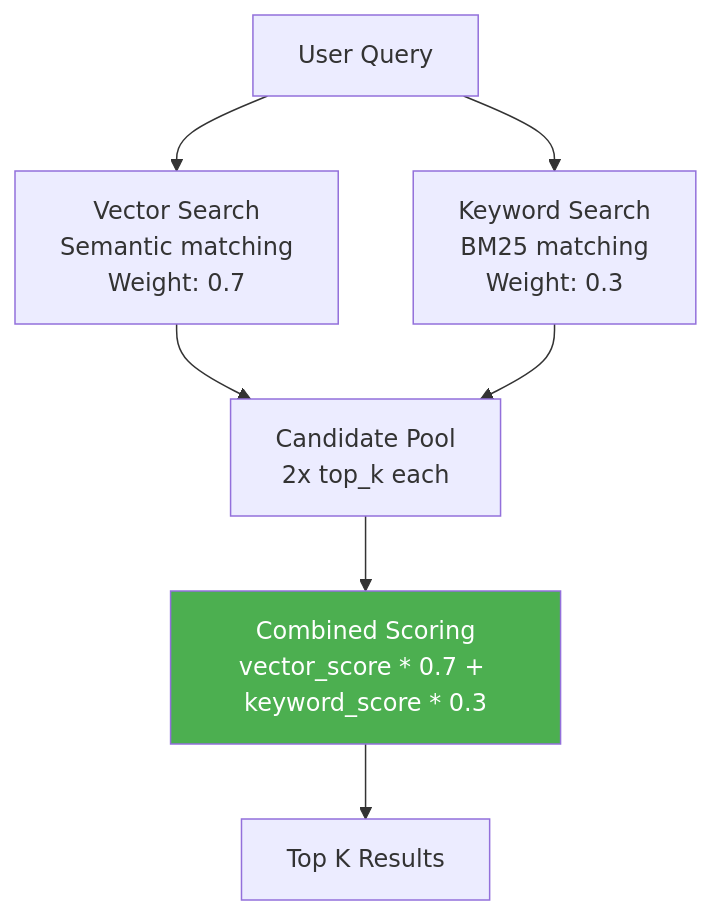
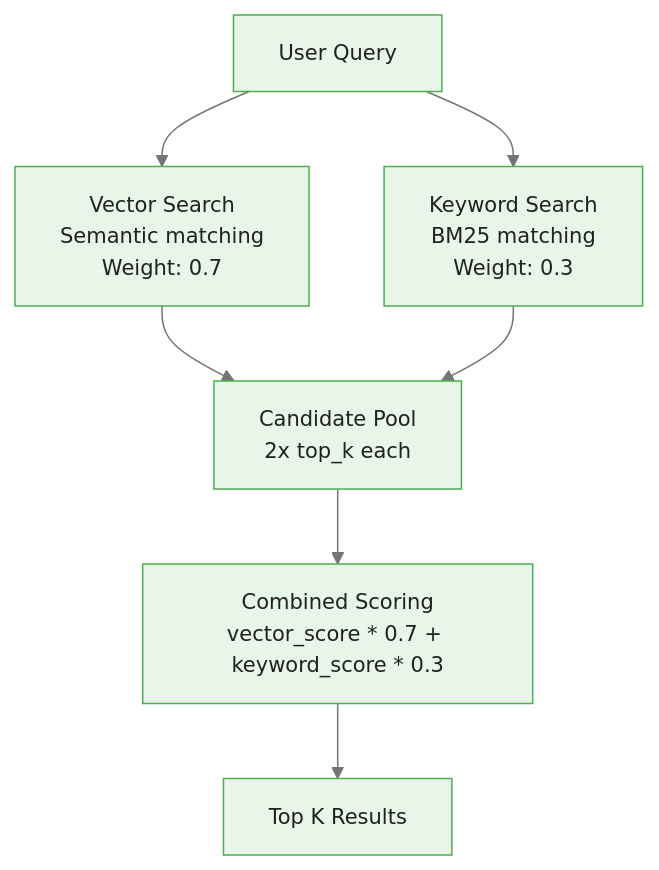
One commit to m-deane/course-creator changed the second of 7 diagrams in courses/dataiku-genai/modules/module_02_rag/guides/02_retrieval_strategies_slides.md. Above: the diagram before and after it, drawn with Mermaid. The commit also changed other lines of this file and 54 other files, not shown here.

````diff
--- a/courses/dataiku-genai/modules/module_02_rag/guides/02_retrieval_strategies_slides.md
+++ b/courses/dataiku-genai/modules/module_02_rag/guides/02_retrieval_strategies_slides.md
@@ -113,13 +123,12 @@
 ```mermaid
+%%{init: {"theme": "base", "themeVariables": {"primaryColor": "#e8f5e9", "primaryBorderColor": "#4caf50", "primaryTextColor": "#212121", "secondaryColor": "#e3f2fd", "tertiaryColor": "#fff8e1", "lineColor": "#757575", "fontFamily": "Inter, sans-serif", "fontSize": "14px"}}}%%
 flowchart TB
     Q[User Query] --> VS[Vector Search<br/>Semantic matching<br/>Weight: 0.7]
     Q --> KS[Keyword Search<br/>BM25 matching<br/>Weight: 0.3]
 
     VS --> CAND[Candidate Pool<br/>2x top_k each]
     KS --> CAND
 
     CAND --> SCORE[Combined Scoring<br/>vector_score * 0.7 + keyword_score * 0.3]
     SCORE --> TOP[Top K Results]
-
-    style SCORE fill:#4CAF50,color:#fff
 ```
````
